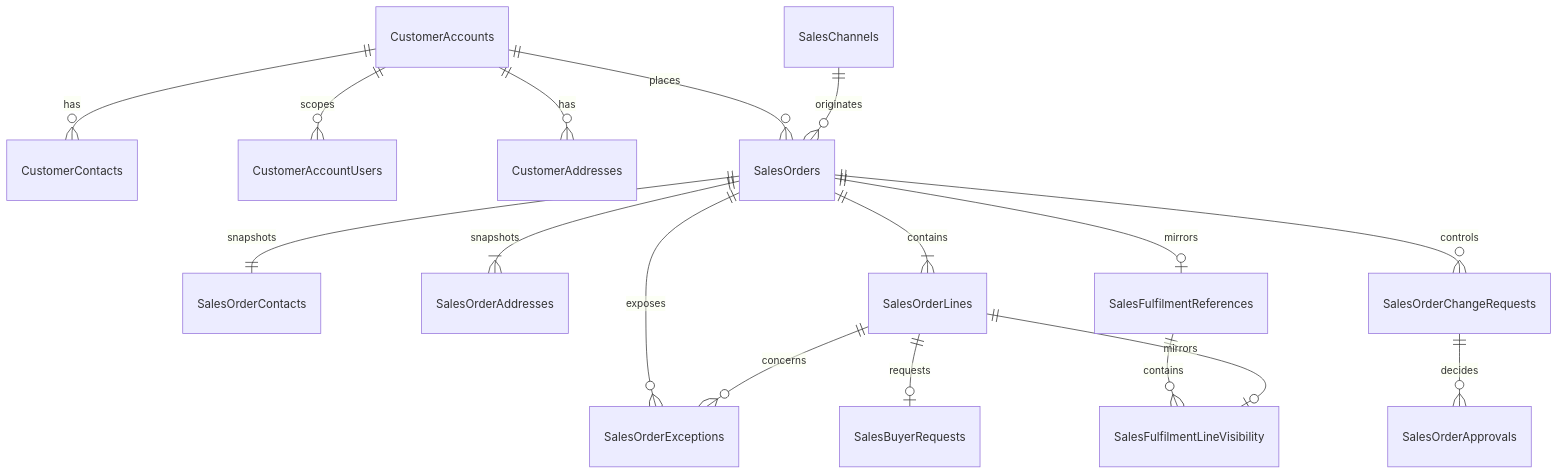
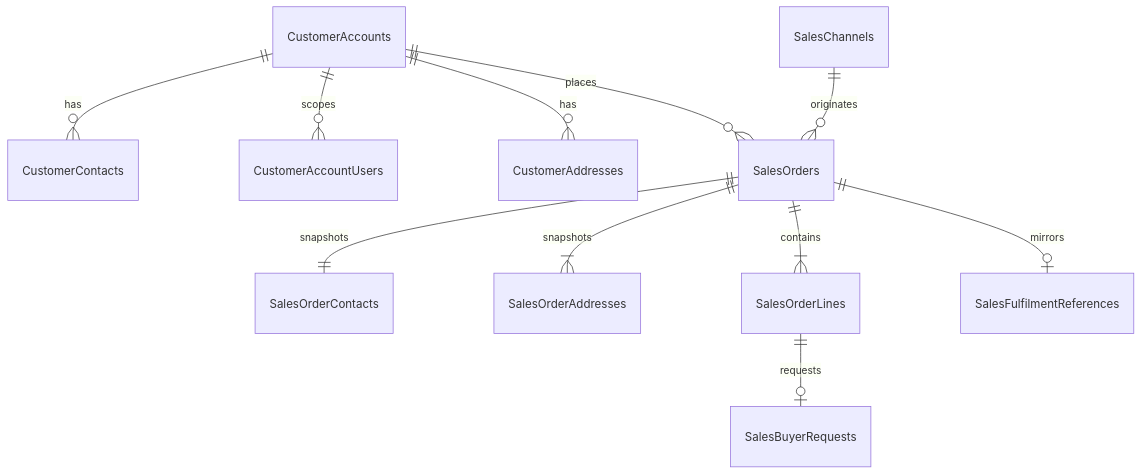
The diagram in docs/domain/sales/database-design.md (ben-cottrell/acme-erp), drawn with Mermaid before and after one commit. The commit also changed other lines of this file and 78 other files, not shown here.

````diff
--- a/docs/domain/sales/database-design.md
+++ b/docs/domain/sales/database-design.md
@@ -26,19 +26,13 @@
 ```mermaid
 erDiagram
     CustomerAccounts ||--o{ CustomerContacts : has
     CustomerAccounts ||--o{ CustomerAccountUsers : scopes
     CustomerAccounts ||--o{ CustomerAddresses : has
     CustomerAccounts ||--o{ SalesOrders : places
     SalesChannels ||--o{ SalesOrders : originates
     SalesOrders ||--|| SalesOrderContacts : snapshots
     SalesOrders ||--|{ SalesOrderAddresses : snapshots
     SalesOrders ||--|{ SalesOrderLines : contains
-    SalesOrders ||--o{ SalesOrderChangeRequests : controls
-    SalesOrderChangeRequests ||--o{ SalesOrderApprovals : decides
-    SalesOrders ||--o{ SalesOrderExceptions : exposes
-    SalesOrderLines ||--o{ SalesOrderExceptions : concerns
     SalesOrderLines ||--o| SalesBuyerRequests : requests
     SalesOrders ||--o| SalesFulfilmentReferences : mirrors
-    SalesFulfilmentReferences ||--o{ SalesFulfilmentLineVisibility : contains
-    SalesOrderLines ||--o| SalesFulfilmentLineVisibility : mirrors
 ```
````
